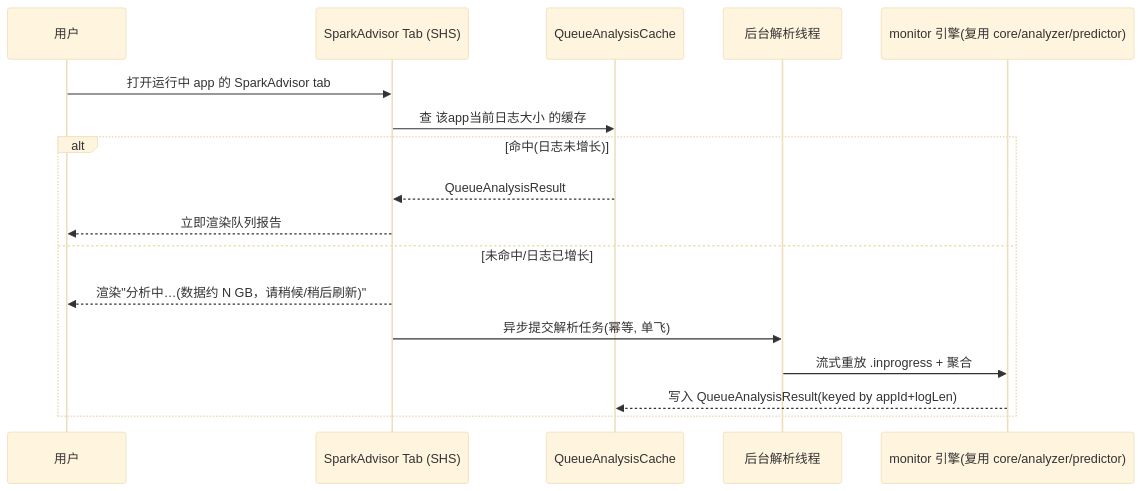
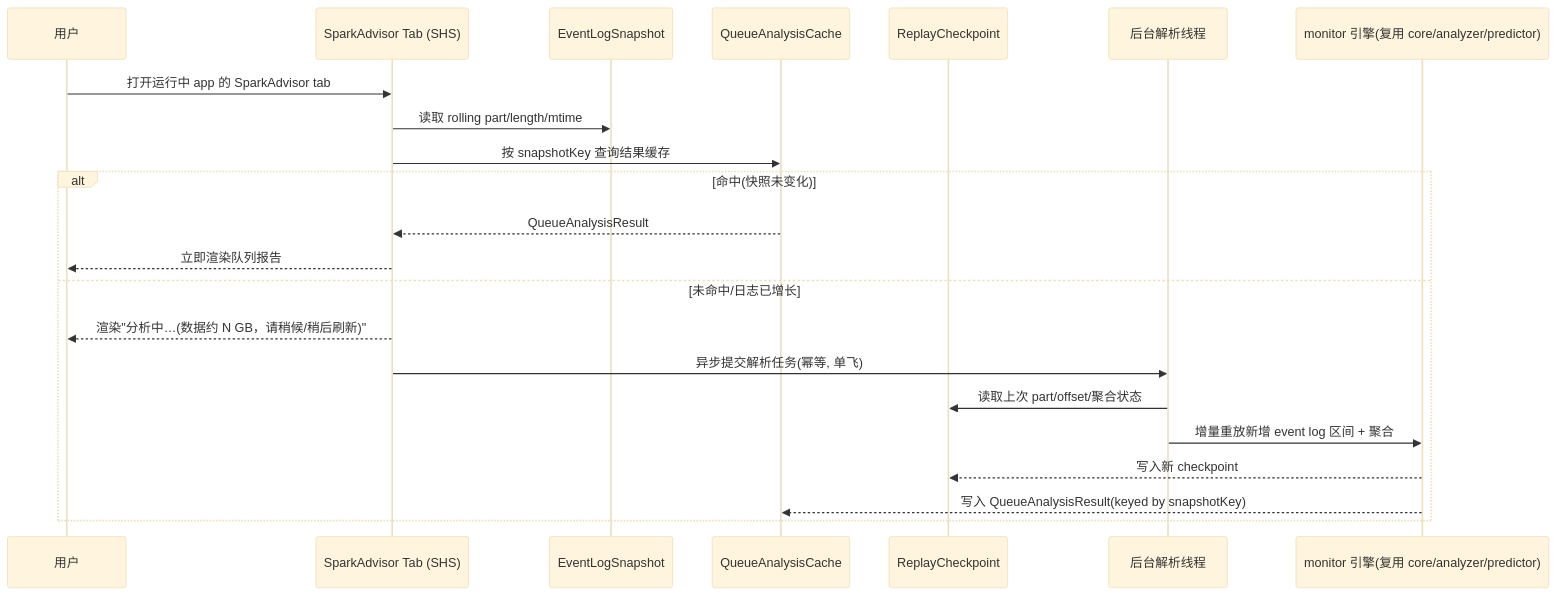
One commit to gauss1314/SparkAdvisor changed the fourth of 6 diagrams in SparkAdvisor-monitor-design.md. Above: the diagram before and after it, drawn with Mermaid (base theme). The commit also changed other lines of this file, not shown here.

````diff
--- a/SparkAdvisor-monitor-design.md
+++ b/SparkAdvisor-monitor-design.md
@@ -213,19 +278,24 @@
 ```mermaid
 sequenceDiagram
     participant U as 用户
     participant Tab as SparkAdvisor Tab (SHS)
+    participant Snapshot as EventLogSnapshot
     participant Cache as QueueAnalysisCache
+    participant Ckpt as ReplayCheckpoint
     participant Job as 后台解析线程
     participant Eng as monitor 引擎(复用 core/analyzer/predictor)
     U->>Tab: 打开运行中 app 的 SparkAdvisor tab
-    Tab->>Cache: 查 该app当前日志大小 的缓存
-    alt 命中(日志未增长)
+    Tab->>Snapshot: 读取 rolling part/length/mtime
+    Tab->>Cache: 按 snapshotKey 查询结果缓存
+    alt 命中(快照未变化)
         Cache-->>Tab: QueueAnalysisResult
         Tab-->>U: 立即渲染队列报告
     else 未命中/日志已增长
         Tab-->>U: 渲染"分析中…(数据约 N GB，请稍候/稍后刷新)"
         Tab->>Job: 异步提交解析任务(幂等, 单飞)
-        Job->>Eng: 流式重放 .inprogress + 聚合
-        Eng-->>Cache: 写入 QueueAnalysisResult(keyed by appId+logLen)
+        Job->>Ckpt: 读取上次 part/offset/聚合状态
+        Job->>Eng: 增量重放新增 event log 区间 + 聚合
+        Eng-->>Ckpt: 写入新 checkpoint
+        Eng-->>Cache: 写入 QueueAnalysisResult(keyed by snapshotKey)
     end
 ```
````
